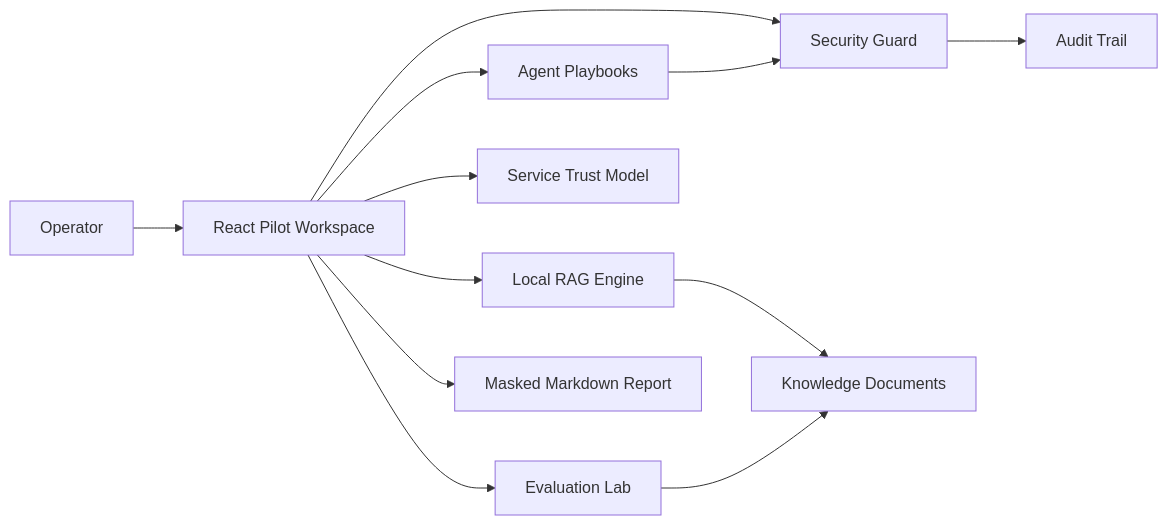
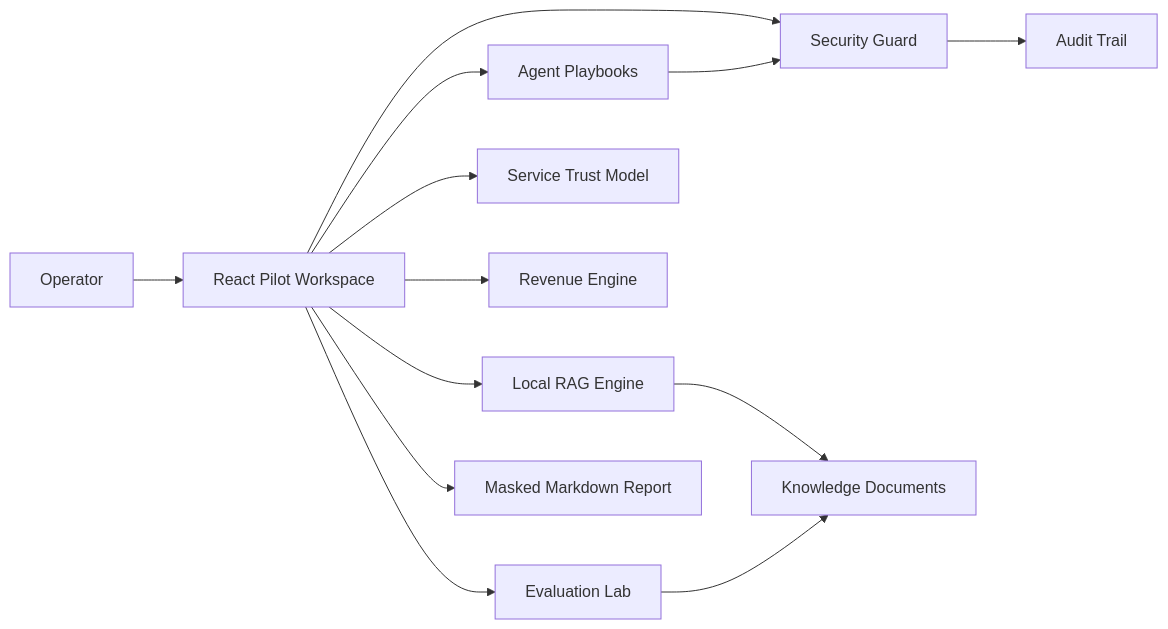
One commit to KIM3310/aix-pilot changed the diagram in docs/PORTFOLIO_CASE_STUDY.md. Above: the diagram before and after it, drawn with Mermaid. The commit also changed other lines of this file and 13 other files, not shown here.

Commit message:
Add revenue engine and monetization strategy

````diff
--- a/docs/PORTFOLIO_CASE_STUDY.md
+++ b/docs/PORTFOLIO_CASE_STUDY.md
@@ -28,14 +29,15 @@
 ```mermaid
 flowchart LR
   User["Operator"] --> UI["React Pilot Workspace"]
   UI --> RAG["Local RAG Engine"]
   UI --> Agent["Agent Playbooks"]
   UI --> Guard["Security Guard"]
   UI --> Trust["Service Trust Model"]
+  UI --> Revenue["Revenue Engine"]
   UI --> Eval["Evaluation Lab"]
   RAG --> Docs["Knowledge Documents"]
   Agent --> Guard
   Guard --> Audit["Audit Trail"]
   Eval --> Docs
   UI --> Report["Masked Markdown Report"]
 ```
````
